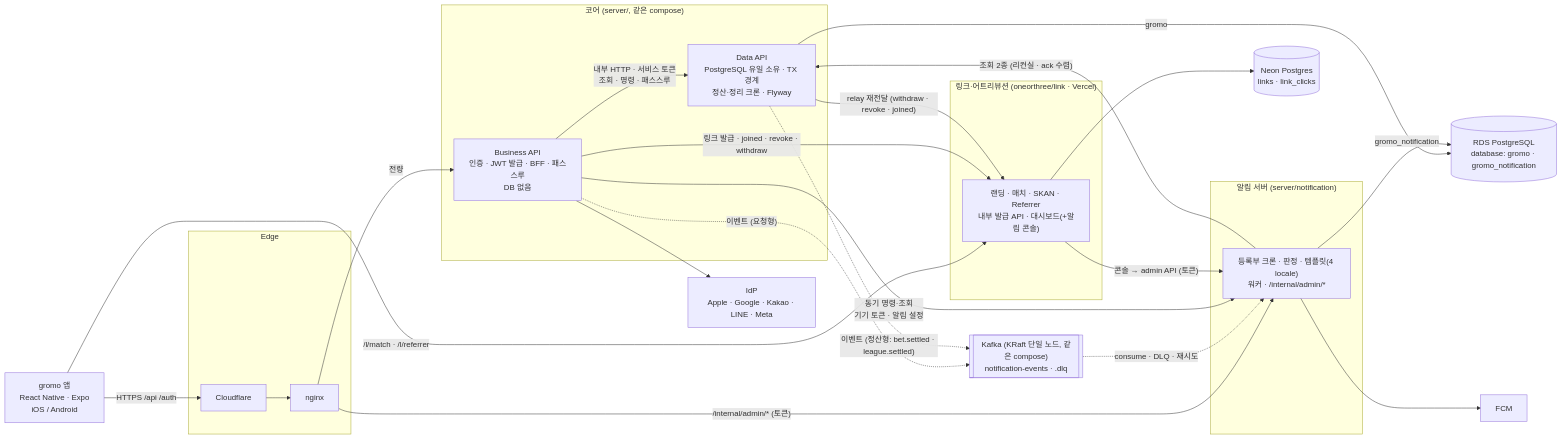
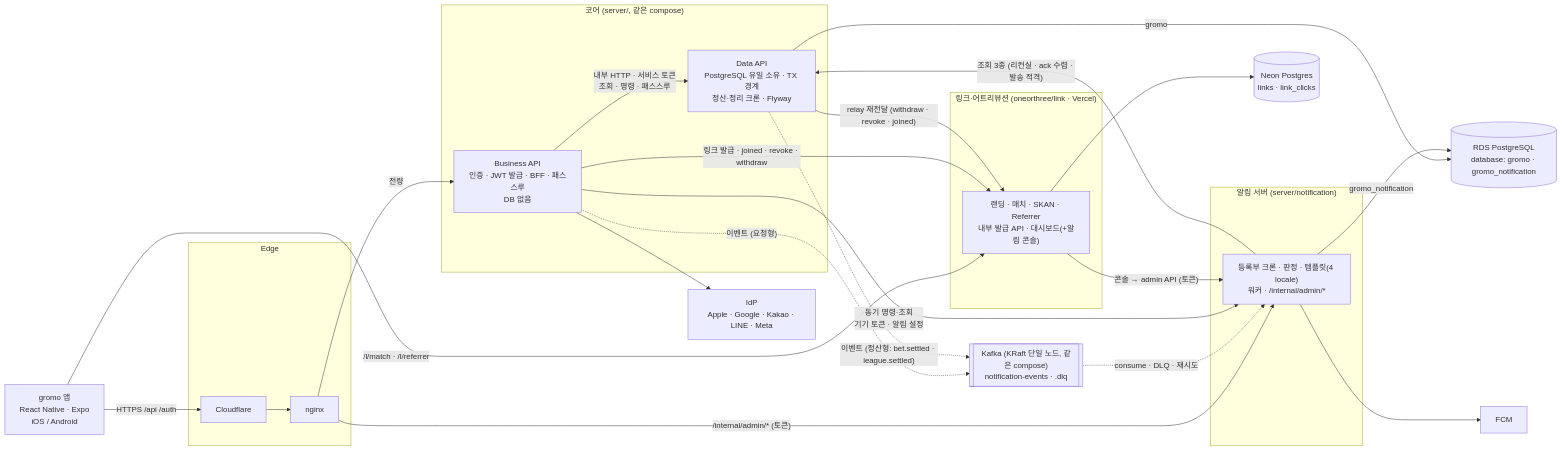
Before and after one commit to OneOrThree/phone: the first of 2 diagrams in docs/architecture/service-architecture.md, drawn with Mermaid. The commit also changed other lines of this file and 2 other files, not shown here.

````diff
--- a/docs/architecture/service-architecture.md
+++ b/docs/architecture/service-architecture.md
@@ -12,41 +12,41 @@
 ```mermaid
 flowchart LR
   APP["gromo 앱<br/>React Native · Expo<br/>iOS / Android"]
   subgraph Edge["Edge"]
     CF["Cloudflare"] --> NX["nginx"]
   end
   subgraph Core["코어 (server/, 같은 compose)"]
     BIZ["Business API<br/>인증 · JWT 발급 · BFF · 패스스루<br/>DB 없음"]
     DATA["Data API<br/>PostgreSQL 유일 소유 · TX 경계<br/>정산·정리 크론 · Flyway"]
   end
   subgraph Noti["알림 서버 (server/notification)"]
     NS["등록부 크론 · 판정 · 템플릿(4 locale)<br/>워커 · /internal/admin/*"]
   end
   subgraph Link["링크·어트리뷰션 (oneorthree/link · Vercel)"]
     LK["랜딩 · 매치 · SKAN · Referrer<br/>내부 발급 API · 대시보드(+알림 콘솔)"]
   end
   PG[("RDS PostgreSQL<br/>database: gromo · gromo_notification")]
   NEON[("Neon Postgres<br/>links · link_clicks")]
   FCM["FCM"]
   IDP["IdP<br/>Apple · Google · Kakao · LINE · Meta"]
 
   APP -->|"HTTPS /api /auth"| CF
   NX -->|"전량"| BIZ
   NX -->|"/internal/admin/* (토큰)"| NS
   APP -->|"/l/match · /l/referrer"| LK
   BIZ -->|"내부 HTTP · 서비스 토큰<br/>조회 · 명령 · 패스스루"| DATA
   KAFKA[["Kafka (KRaft 단일 노드, 같은 compose)<br/>notification-events · .dlq"]]
   BIZ -.->|"이벤트 (요청형)"| KAFKA
   DATA -.->|"이벤트 (정산형: bet.settled · league.settled)"| KAFKA
   KAFKA -.->|"consume · DLQ · 재시도"| NS
   BIZ -->|"동기 명령·조회<br/>기기 토큰 · 알림 설정"| NS
-  NS -->|"조회 2종 (리컨실 · ack 수렴)"| DATA
+  NS -->|"조회 3종 (리컨실 · ack 수렴 · 발송 적격)"| DATA
   BIZ -->|"링크 발급 · joined · revoke · withdraw"| LK
   DATA -->|"relay 재전달 (withdraw · revoke · joined)"| LK
   DATA -->|"gromo"| PG
   NS -->|"gromo_notification"| PG
   LK --> NEON
   NS --> FCM
   BIZ --> IDP
   LK -->|"콘솔 → admin API (토큰)"| NS
 ```
````
